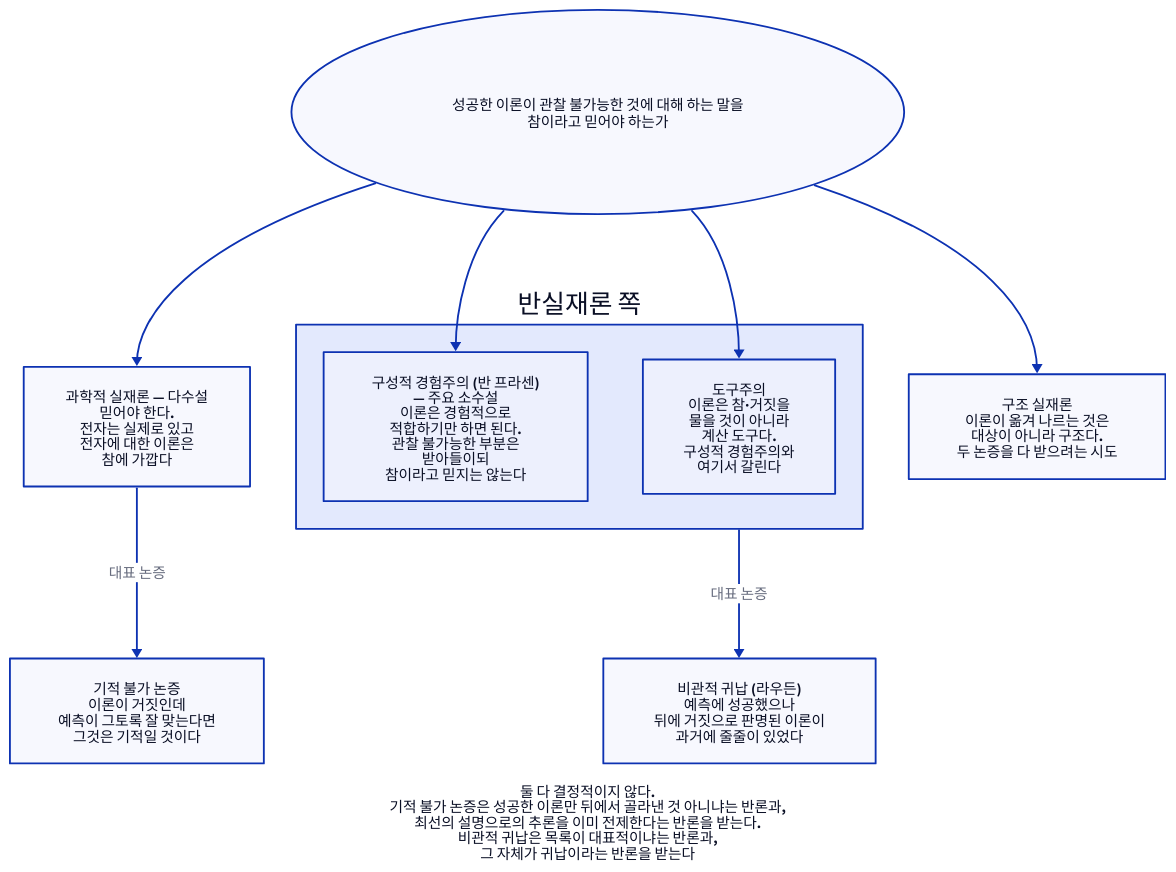
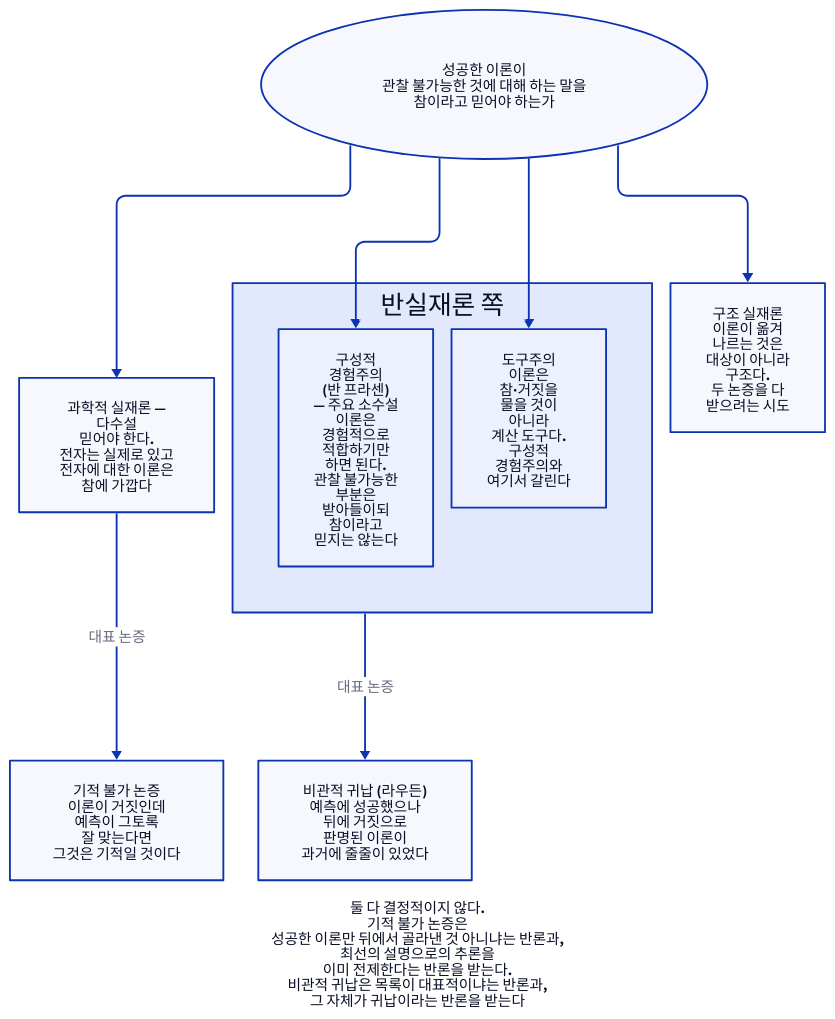
Before and after one commit to Dong-gi/Dong-gi.github.io: the diagram in d2/philosophy/phi-s-realism-map.d2, drawn with D2. The commit also changed 315 other files, not shown here.

```diff
--- a/d2/philosophy/phi-s-realism-map.d2
+++ b/d2/philosophy/phi-s-realism-map.d2
@@ -1,35 +1,38 @@
 # 과학적 실재론 논쟁의 지도 — 철학 9장.
 #
 # 무엇을 읽어야 하나: 실재론과 반실재론 쪽 묶음에 각각 대표 논증이 붙어 있고,
 # 상자 없이 놓인 글이 두 논증이 왜 결판을 내지 못하는지를 적는다.
 # 비관적 귀납은 본문이 '반대편의 대표 논증'(라우든)으로 소개하고 구성적 경험주의가 드는
 # 논증 둘에는 들지 않으므로, 구성적 경험주의 상자가 아니라 반실재론 쪽 묶음에 단다.
+#
+# 폭 — 한 줄에 나란한 네 상자와 메모의 긴 줄을 좁게 접고 ELK 로 붙였다.
+vars: { d2-config: { layout-engine: elk } }
 direction: down
 
-물음: { label: "성공한 이론이 관찰 불가능한 것에 대해 하는 말을\n참이라고 믿어야 하는가"; shape: oval; style.bold: true }
+물음: { label: "성공한 이론이\n관찰 불가능한 것에 대해 하는 말을\n참이라고 믿어야 하는가"; shape: oval; style.bold: true }
 
-실재론: { label: "과학적 실재론 — 다수설\n믿어야 한다.\n전자는 실제로 있고\n전자에 대한 이론은\n참에 가깝다"; style.bold: true }
-기적: { label: "기적 불가 논증\n이론이 거짓인데\n예측이 그토록 잘 맞는다면\n그것은 기적일 것이다" }
+실재론: { label: "과학적 실재론 —\n다수설\n믿어야 한다.\n전자는 실제로 있고\n전자에 대한 이론은\n참에 가깝다"; style.bold: true }
+기적: { label: "기적 불가 논증\n이론이 거짓인데\n예측이 그토록\n잘 맞는다면\n그것은 기적일 것이다" }
 
 반실재론: {
   label: "반실재론 쪽"
-  구성: { label: "구성적 경험주의 (반 프라센)\n— 주요 소수설\n이론은 경험적으로\n적합하기만 하면 된다.\n관찰 불가능한 부분은\n받아들이되\n참이라고 믿지는 않는다"; style.bold: true }
-  도구: { label: "도구주의\n이론은 참·거짓을\n물을 것이 아니라\n계산 도구다.\n구성적 경험주의와\n여기서 갈린다" }
+  구성: { label: "구성적\n경험주의\n(반 프라센)\n— 주요 소수설\n이론은\n경험적으로\n적합하기만\n하면 된다.\n관찰 불가능한\n부분은\n받아들이되\n참이라고\n믿지는 않는다"; style.bold: true }
+  도구: { label: "도구주의\n이론은\n참·거짓을\n물을 것이\n아니라\n계산 도구다.\n구성적\n경험주의와\n여기서 갈린다" }
 }
-비관: { label: "비관적 귀납 (라우든)\n예측에 성공했으나\n뒤에 거짓으로 판명된 이론이\n과거에 줄줄이 있었다" }
+비관: { label: "비관적 귀납 (라우든)\n예측에 성공했으나\n뒤에 거짓으로\n판명된 이론이\n과거에 줄줄이 있었다" }
 
-구조: { label: "구조 실재론\n이론이 옮겨 나르는 것은\n대상이 아니라 구조다.\n두 논증을 다 받으려는 시도" }
+구조: { label: "구조 실재론\n이론이 옮겨\n나르는 것은\n대상이 아니라\n구조다.\n두 논증을 다\n받으려는 시도" }
 
 물음 -> 실재론
 물음 -> 반실재론.구성
 물음 -> 구조
 물음 -> 반실재론.도구
 실재론 -> 기적: "대표 논증"
 반실재론 -> 비관: "대표 논증"
 
 미결: {
-  label: "둘 다 결정적이지 않다.\n기적 불가 논증은 성공한 이론만 뒤에서 골라낸 것 아니냐는 반론과,\n최선의 설명으로의 추론을 이미 전제한다는 반론을 받는다.\n비관적 귀납은 목록이 대표적이냐는 반론과,\n그 자체가 귀납이라는 반론을 받는다"
+  label: "둘 다 결정적이지 않다.\n기적 불가 논증은\n성공한 이론만 뒤에서 골라낸 것 아니냐는 반론과,\n최선의 설명으로의 추론을\n이미 전제한다는 반론을 받는다.\n비관적 귀납은 목록이 대표적이냐는 반론과,\n그 자체가 귀납이라는 반론을 받는다"
   shape: text
   style.bold: true
   near: bottom-center
 }
```
